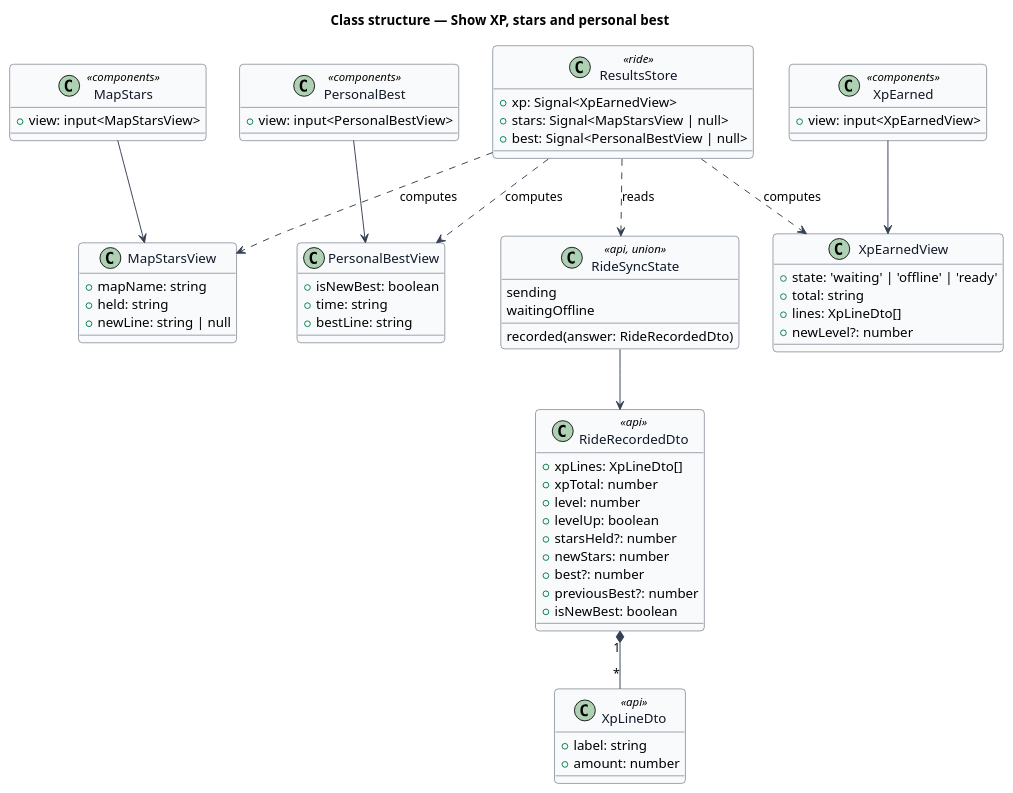
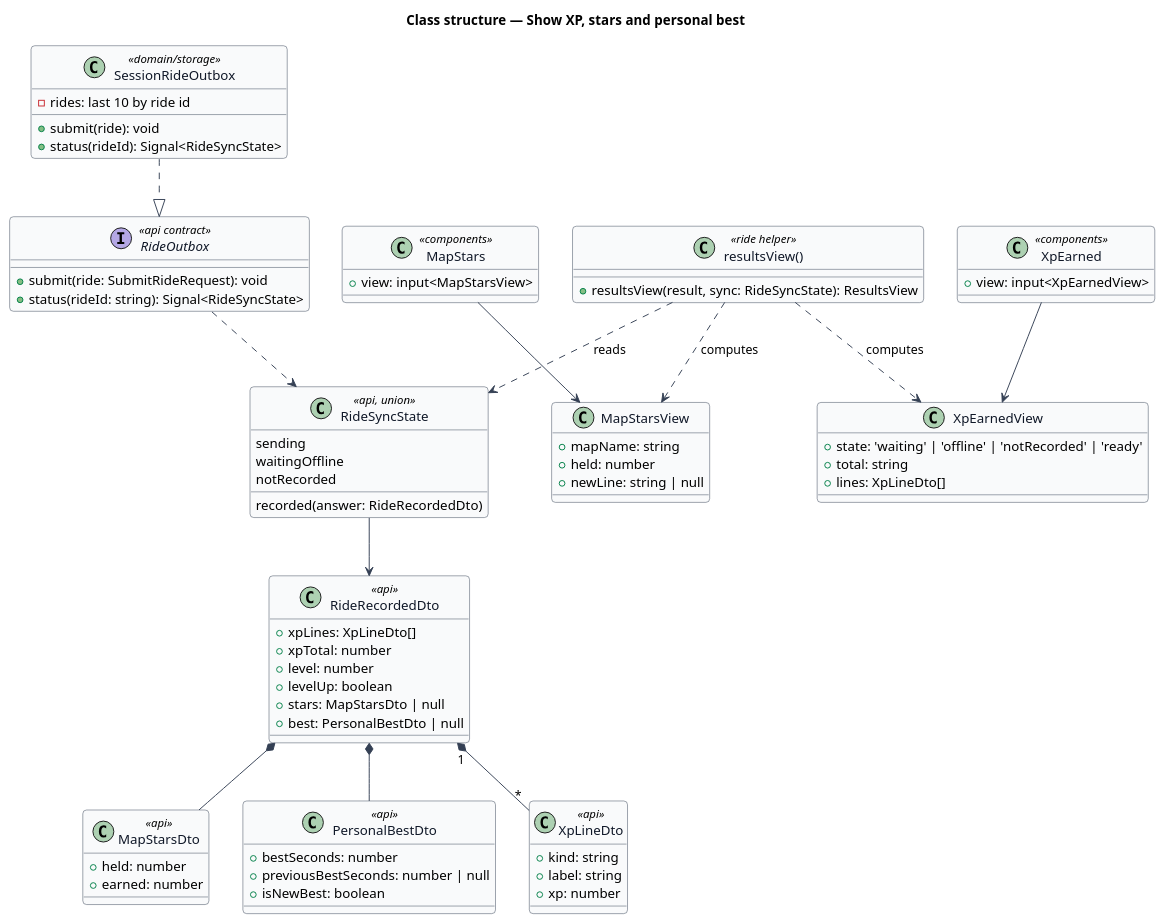
The diagram in docs/detailed-designs/results/show-xp-stars-and-personal-best/diagrams/class-structure.puml (QuinntyneBrown/ride-one), drawn with PlantUML before and after one commit. The commit also changed 23 other files, not shown here.

```diff
--- a/docs/detailed-designs/results/show-xp-stars-and-personal-best/diagrams/class-structure.puml
+++ b/docs/detailed-designs/results/show-xp-stars-and-personal-best/diagrams/class-structure.puml
@@ -1,74 +1,82 @@
 @startuml
 ' --- shared skin header ---
 skinparam backgroundColor #FFFFFF
 skinparam shadowing false
 skinparam roundcorner 8
 skinparam defaultFontName Arial
 skinparam ArrowColor #344054
 skinparam class {
   BorderColor #344054
   FontColor #101828
   BackgroundColor #F9FAFB
 }
 ' --------------------------
 title Class structure — Show XP, stars and personal best
 class RideSyncState <<api, union>> {
   sending
   recorded(answer: RideRecordedDto)
   waitingOffline
+  notRecorded
+}
+interface RideOutbox <<api contract>> {
+  +submit(ride: SubmitRideRequest): void
+  +status(rideId: string): Signal<RideSyncState>
+}
+class SessionRideOutbox <<domain/storage>> {
+  -rides: last 10 by ride id
+  +submit(ride): void
+  +status(rideId): Signal<RideSyncState>
 }
 class RideRecordedDto <<api>> {
   +xpLines: XpLineDto[]
   +xpTotal: number
   +level: number
   +levelUp: boolean
-  +starsHeld?: number
-  +newStars: number
-  +best?: number
-  +previousBest?: number
+  +stars: MapStarsDto | null
+  +best: PersonalBestDto | null
+}
+class MapStarsDto <<api>> {
+  +held: number
+  +earned: number
+}
+class PersonalBestDto <<api>> {
+  +bestSeconds: number
+  +previousBestSeconds: number | null
   +isNewBest: boolean
 }
 class XpLineDto <<api>> {
+  +kind: string
   +label: string
-  +amount: number
+  +xp: number
 }
 class XpEarnedView {
-  +state: 'waiting' | 'offline' | 'ready'
+  +state: 'waiting' | 'offline' | 'notRecorded' | 'ready'
   +total: string
   +lines: XpLineDto[]
-  +newLevel?: number
 }
 class MapStarsView {
   +mapName: string
-  +held: string
+  +held: number
   +newLine: string | null
 }
-class PersonalBestView {
-  +isNewBest: boolean
-  +time: string
-  +bestLine: string
-}
-class ResultsStore <<ride>> {
-  +xp: Signal<XpEarnedView>
-  +stars: Signal<MapStarsView | null>
-  +best: Signal<PersonalBestView | null>
+class "resultsView()" as rv <<ride helper>> {
+  +resultsView(result, sync: RideSyncState): ResultsView
 }
 class XpEarned <<components>> {
   +view: input<XpEarnedView>
 }
 class MapStars <<components>> {
   +view: input<MapStarsView>
 }
-class PersonalBest <<components>> {
-  +view: input<PersonalBestView>
-}
-ResultsStore ..> RideSyncState : reads
+SessionRideOutbox ..|> RideOutbox
+RideOutbox ..> RideSyncState
+rv ..> RideSyncState : reads
 RideSyncState --> RideRecordedDto
 RideRecordedDto "1" *-- "*" XpLineDto
-ResultsStore ..> XpEarnedView : computes
-ResultsStore ..> MapStarsView : computes
-ResultsStore ..> PersonalBestView : computes
+RideRecordedDto *-- MapStarsDto
+RideRecordedDto *-- PersonalBestDto
+rv ..> XpEarnedView : computes
+rv ..> MapStarsView : computes
 XpEarned --> XpEarnedView
 MapStars --> MapStarsView
-PersonalBest --> PersonalBestView
 @enduml
```
